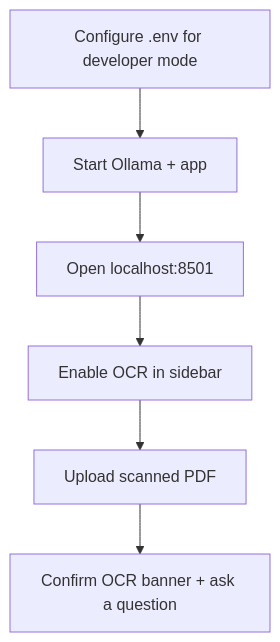
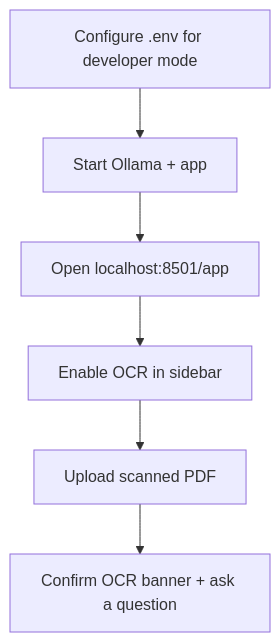
The diagram in docs/operators/testing-ocr.md (RoxanaTapia/ai-doc-to-chat-pipeline), drawn with Mermaid before and after one commit. The commit also changed other lines of this file and 12 other files, not shown here.

````diff
--- a/docs/operators/testing-ocr.md
+++ b/docs/operators/testing-ocr.md
@@ -57,8 +57,8 @@
 ```mermaid
 flowchart TD
   A[Configure .env for developer mode] --> B[Start Ollama + app]
-  B --> C[Open localhost:8501]
+  B --> C[Open localhost:8501/app]
   C --> D[Enable OCR in sidebar]
   D --> E[Upload scanned PDF]
   E --> F[Confirm OCR banner + ask a question]
 ```
````
